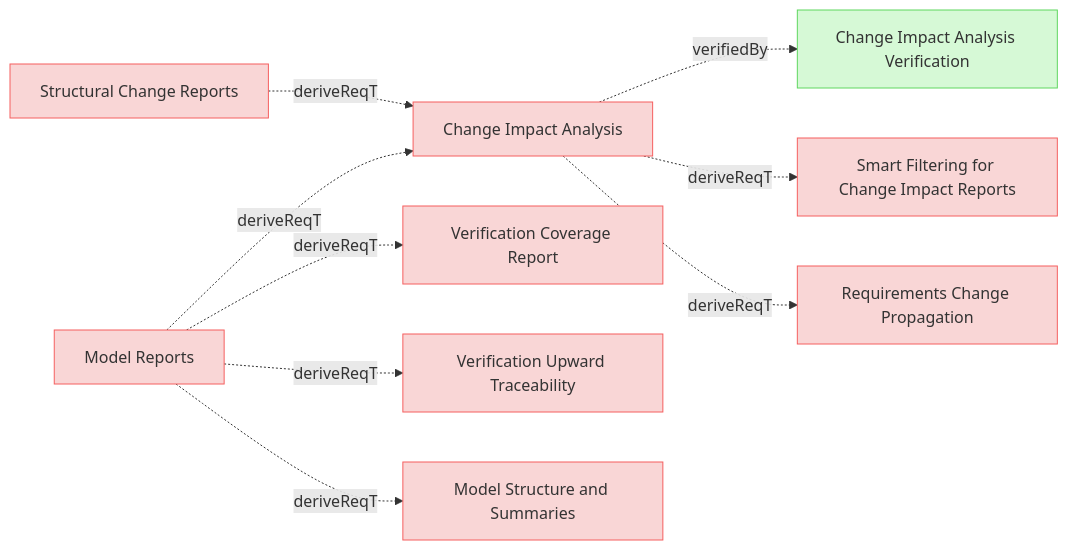
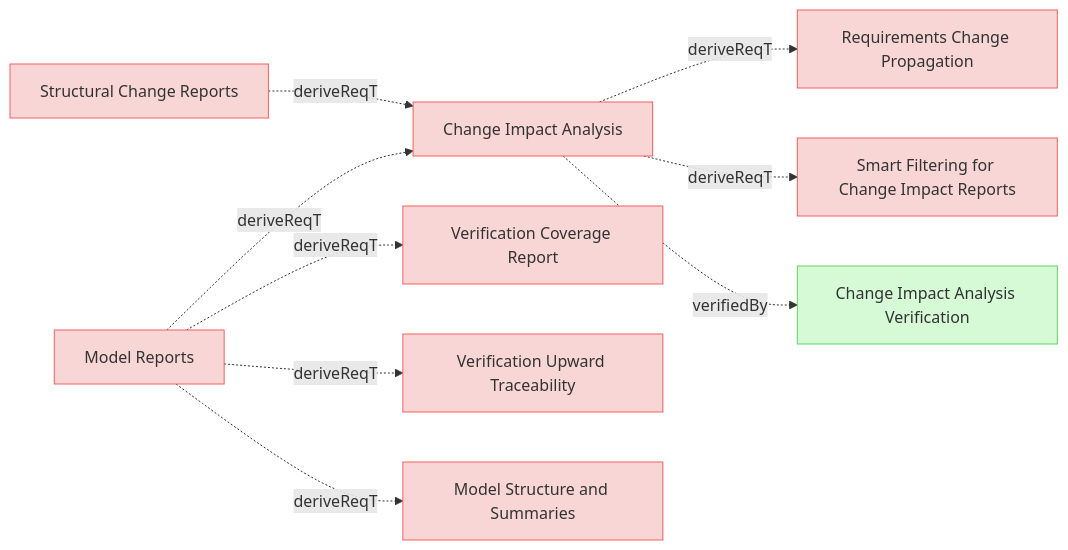
One commit to reqvire-org/reqvire changed the eighth of 9 diagrams in specifications/UserRequirements.md. Above: the diagram before and after it, drawn with Mermaid. The commit also changed other lines of this file and 23 other files, not shown here.

````diff
--- a/specifications/UserRequirements.md
+++ b/specifications/UserRequirements.md
@@ -1044,45 +1025,45 @@
 ```mermaid
 graph LR;
   %% REQVIRE-AUTOGENERATED-DIAGRAM
   %% Graph styling
   classDef requirement fill:#f9d6d6,stroke:#f55f5f,stroke-width:1px;
   classDef verification fill:#d6f9d6,stroke:#5fd75f,stroke-width:1px;
   classDef externalLink fill:#d0e0ff,stroke:#3080ff,stroke-width:1px;
   classDef default fill:#f5f5f5,stroke:#333333,stroke-width:1px;
 
   9933cac5853a8584["Change Impact Analysis"];
   class 9933cac5853a8584 requirement;
   click 9933cac5853a8584 "UserRequirements.md#change-impact-analysis";
+  2054606d7574a553["Requirements Change Propagation"];
+  class 2054606d7574a553 requirement;
+  click 2054606d7574a553 "SpecificationsRequirements.md#requirements-change-propagation";
+  9933cac5853a8584 -.->|deriveReqT| 2054606d7574a553;
+  ced028f36159c967["Smart Filtering for Change Impact Reports"];
+  class ced028f36159c967 requirement;
+  click ced028f36159c967 "SystemRequirements/ChangeImpactPropagation.md#smart-filtering-for-change-impact-reports";
+  9933cac5853a8584 -.->|deriveReqT| ced028f36159c967;
   b72d56e7e360fe6c["Change Impact Analysis Verification"];
   class b72d56e7e360fe6c verification;
   click b72d56e7e360fe6c "Verifications/ChangeImpactTests.md#change-impact-analysis-verification";
   9933cac5853a8584 -.->|verifiedBy| b72d56e7e360fe6c;
-  ced028f36159c967["Smart Filtering for Change Impact Reports"];
-  class ced028f36159c967 requirement;
-  click ced028f36159c967 "SystemRequirements/ChangeImpactPropagation.md#smart-filtering-for-change-impact-reports";
-  9933cac5853a8584 -.->|deriveReqT| ced028f36159c967;
-  2054606d7574a553["Requirements Change Propagation"];
-  class 2054606d7574a553 requirement;
-  click 2054606d7574a553 "SpecificationsRequirements.md#requirements-change-propagation";
-  9933cac5853a8584 -.->|deriveReqT| 2054606d7574a553;
+  1908501a80db5c46["Structural Change Reports"];
+  class 1908501a80db5c46 requirement;
+  click 1908501a80db5c46 "UserRequirements.md#structural-change-reports";
+  1908501a80db5c46 -.->|deriveReqT| 9933cac5853a8584;
   70701096d332c0b2["Model Reports"];
   class 70701096d332c0b2 requirement;
   click 70701096d332c0b2 "UserRequirements.md#model-reports";
   f7a606aa79ba438["Verification Coverage Report"];
   class f7a606aa79ba438 requirement;
   click f7a606aa79ba438 "UserRequirements.md#verification-coverage-report";
   70701096d332c0b2 -.->|deriveReqT| f7a606aa79ba438;
-  70701096d332c0b2 -.->|deriveReqT| 9933cac5853a8584;
   7ceb6b9bed1a94e1["Verification Upward Traceability"];
   class 7ceb6b9bed1a94e1 requirement;
   click 7ceb6b9bed1a94e1 "UserRequirements.md#verification-upward-traceability";
   70701096d332c0b2 -.->|deriveReqT| 7ceb6b9bed1a94e1;
+  70701096d332c0b2 -.->|deriveReqT| 9933cac5853a8584;
   ad6f7a2d41d80a38["Model Structure and Summaries"];
   class ad6f7a2d41d80a38 requirement;
   click ad6f7a2d41d80a38 "UserRequirements.md#model-structure-and-summaries";
   70701096d332c0b2 -.->|deriveReqT| ad6f7a2d41d80a38;
-  1908501a80db5c46["Structural Change Reports"];
-  class 1908501a80db5c46 requirement;
-  click 1908501a80db5c46 "UserRequirements.md#structural-change-reports";
-  1908501a80db5c46 -.->|deriveReqT| 9933cac5853a8584;
 ```
````
